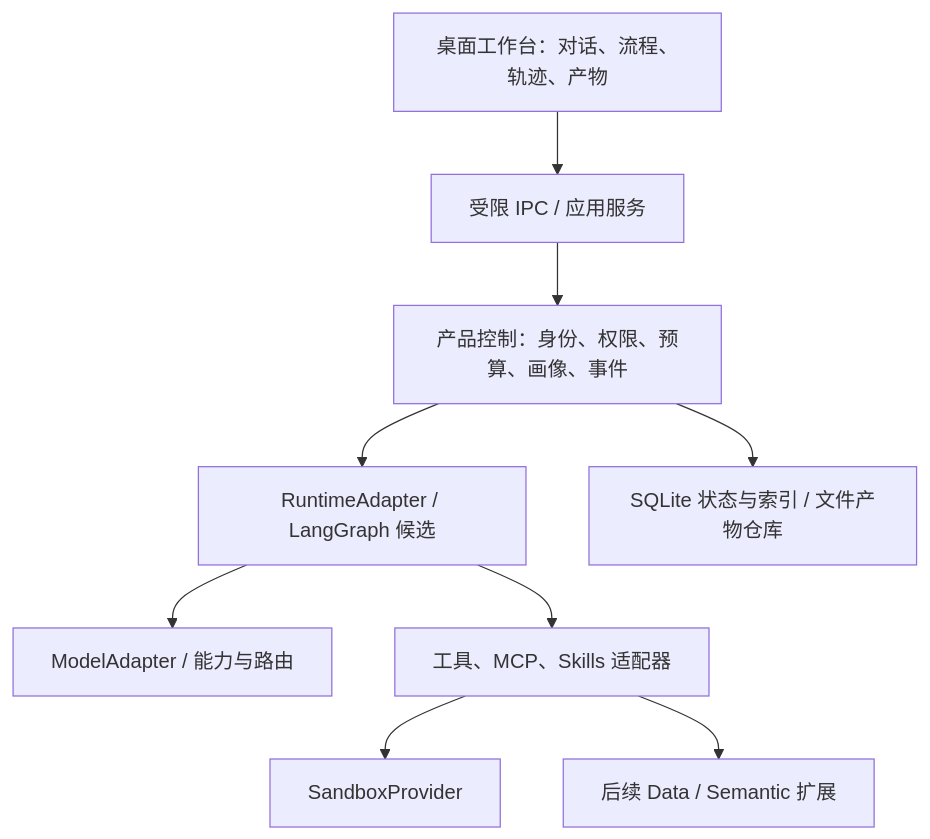
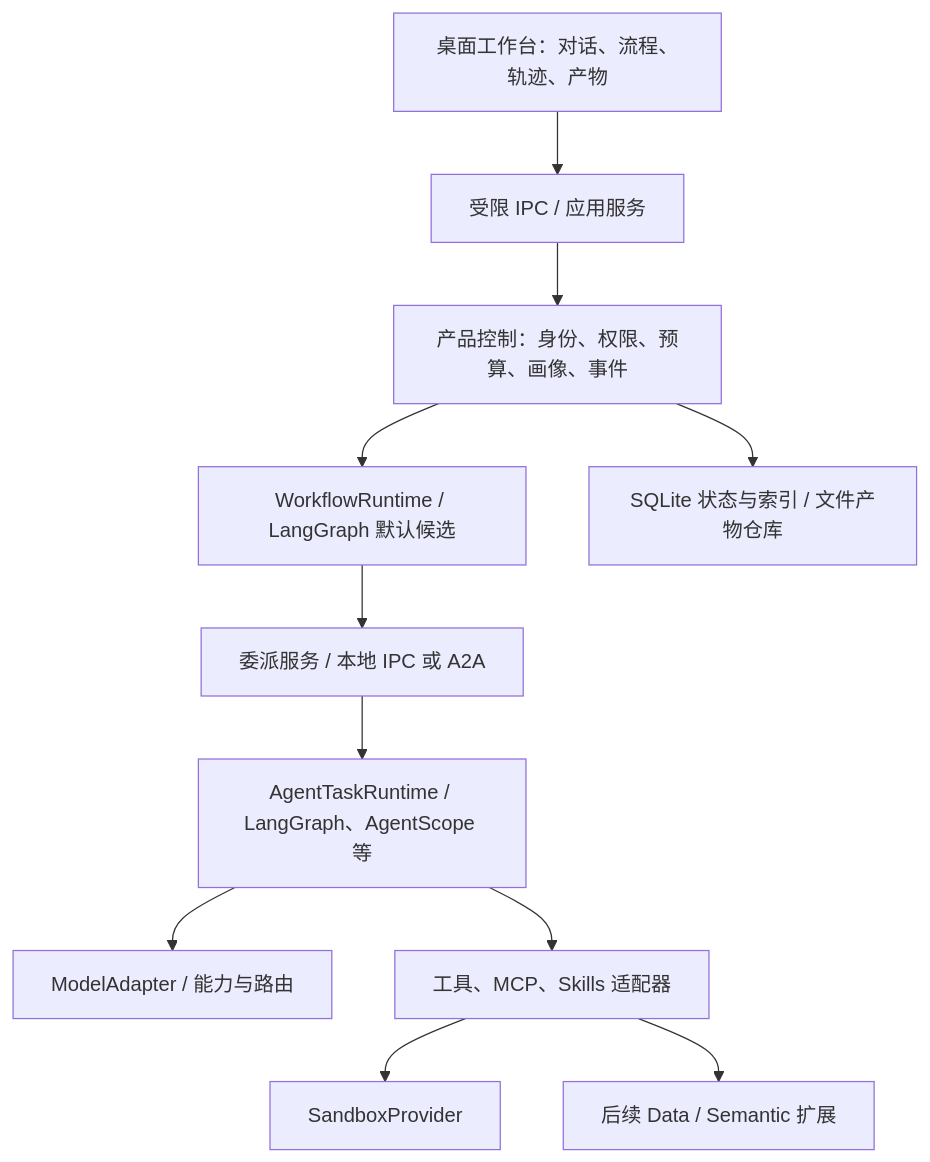
The diagram in docs/architecture/01-candidate-architecture.md (zhangtianhong-1998/xuanyue-data-agent), drawn with Mermaid before and after one commit. The commit also changed other lines of this file and 52 other files, not shown here.

````diff
--- a/docs/architecture/01-candidate-architecture.md
+++ b/docs/architecture/01-candidate-architecture.md
@@ -9,11 +9,13 @@
 ```mermaid
 flowchart TD
   UI[桌面工作台：对话、流程、轨迹、产物] --> IPC[受限 IPC / 应用服务]
   IPC --> C[产品控制：身份、权限、预算、画像、事件]
-  C --> R[RuntimeAdapter / LangGraph 候选]
-  R --> M[ModelAdapter / 能力与路由]
-  R --> T[工具、MCP、Skills 适配器]
+  C --> R[WorkflowRuntime / LangGraph 默认候选]
+  R --> DG[委派服务 / 本地 IPC 或 A2A]
+  DG --> AE[AgentTaskRuntime / LangGraph、AgentScope 等]
+  AE --> M[ModelAdapter / 能力与路由]
+  AE --> T[工具、MCP、Skills 适配器]
   T --> S[SandboxProvider]
   T --> D[后续 Data / Semantic 扩展]
   C --> DB[SQLite 状态与索引 / 文件产物仓库]
 ```
````
